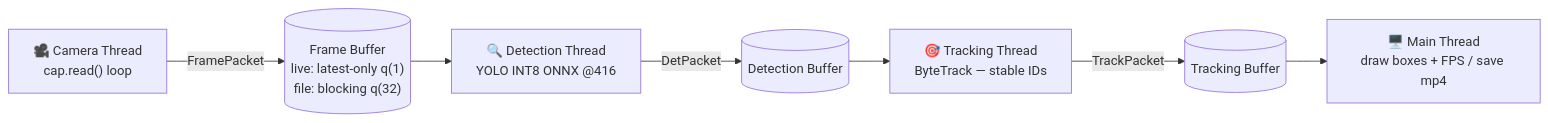
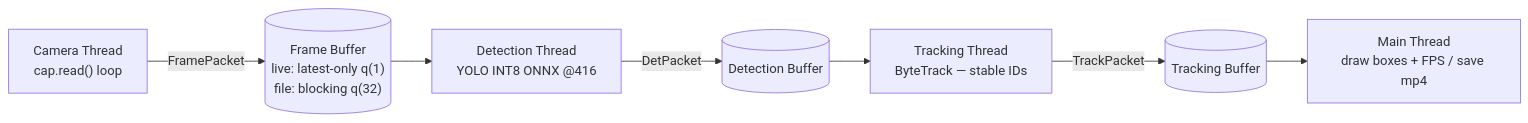
Before and after one commit to kanishk083/DRONE-DETECTION: the second of 3 diagrams in README.md, drawn with Mermaid.

````diff
--- a/README.md
+++ b/README.md
@@ -81,9 +81,9 @@
 ```mermaid
 flowchart LR
-    CAM["🎥 Camera Thread<br/>cap.read() loop"] -->|FramePacket| FB[("Frame Buffer<br/>live: latest-only q(1)<br/>file: blocking q(32)")]
-    FB --> DET["🔍 Detection Thread<br/>YOLO INT8 ONNX @416"]
+    CAM[" Camera Thread<br/>cap.read() loop"] -->|FramePacket| FB[("Frame Buffer<br/>live: latest-only q(1)<br/>file: blocking q(32)")]
+    FB --> DET[" Detection Thread<br/>YOLO INT8 ONNX @416"]
     DET -->|DetPacket| DB[("Detection Buffer")]
-    DB --> TRK["🎯 Tracking Thread<br/>ByteTrack — stable IDs"]
+    DB --> TRK[" Tracking Thread<br/>ByteTrack — stable IDs"]
     TRK -->|TrackPacket| TB[("Tracking Buffer")]
-    TB --> OUT["🖥️ Main Thread<br/>draw boxes + FPS / save mp4"]
+    TB --> OUT[" Main Thread<br/>draw boxes + FPS / save mp4"]
 ```
````
